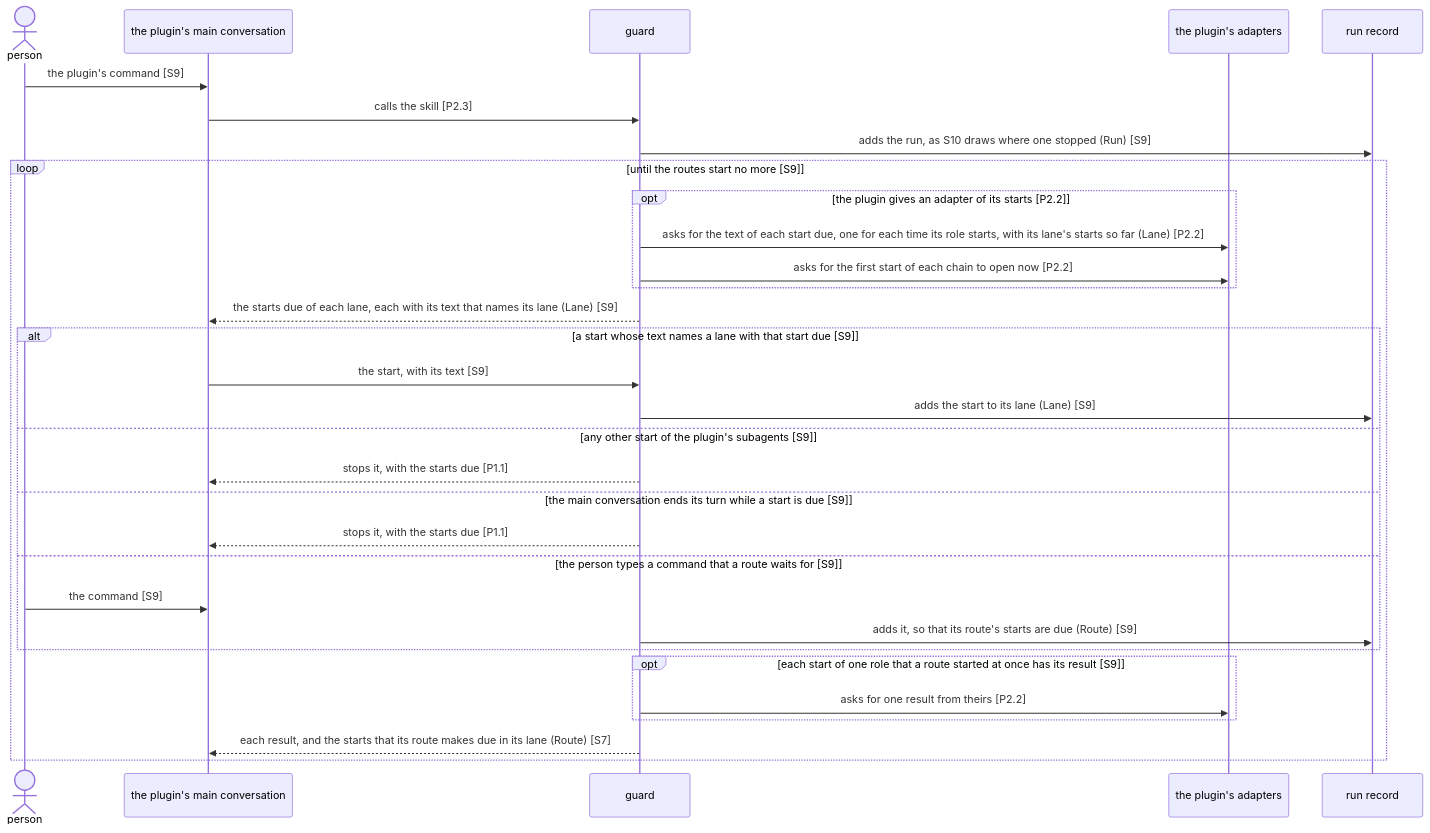
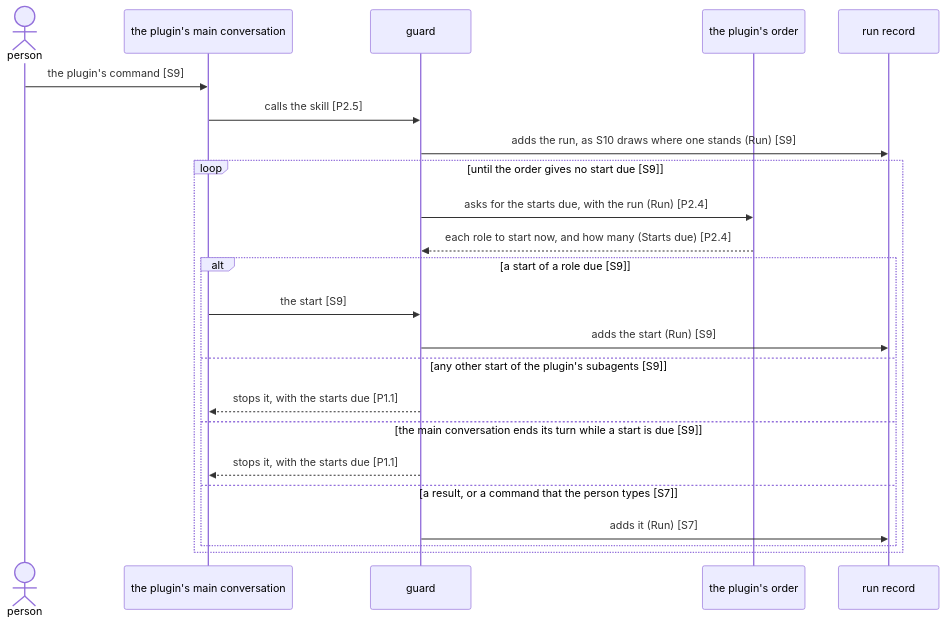
Before and after one commit to lovaizu/ccpm: the first of 2 diagrams in dev/lane/architecture.md, drawn with Mermaid. The commit also changed other lines of this file and 2 other files, not shown here.

````diff
--- a/dev/lane/architecture.md
+++ b/dev/lane/architecture.md
@@ -121,33 +116,25 @@
 ```mermaid
 sequenceDiagram
   actor U as person
   participant M as the plugin's main conversation
   participant G as guard
-  participant A as the plugin's adapters
+  participant O as the plugin's order
   participant RR as run record
   U->>M: the plugin's command [S9]
-  M->>G: calls the skill [P2.3]
-  G->>RR: adds the run, as S10 draws where one stopped (Run) [S9]
-  loop until the routes start no more [S9]
-    opt the plugin gives an adapter of its starts [P2.2]
-      G->>A: asks for the text of each start due, one for each time its role starts, with its lane's starts so far (Lane) [P2.2]
-      G->>A: asks for the first start of each chain to open now [P2.2]
-    end
-    G-->>M: the starts due of each lane, each with its text that names its lane (Lane) [S9]
-    alt a start whose text names a lane with that start due [S9]
-      M->>G: the start, with its text [S9]
-      G->>RR: adds the start to its lane (Lane) [S9]
+  M->>G: calls the skill [P2.5]
+  G->>RR: adds the run, as S10 draws where one stands (Run) [S9]
+  loop until the order gives no start due [S9]
+    G->>O: asks for the starts due, with the run (Run) [P2.4]
+    O-->>G: each role to start now, and how many (Starts due) [P2.4]
+    alt a start of a role due [S9]
+      M->>G: the start [S9]
+      G->>RR: adds the start (Run) [S9]
     else any other start of the plugin's subagents [S9]
       G-->>M: stops it, with the starts due [P1.1]
     else the main conversation ends its turn while a start is due [S9]
       G-->>M: stops it, with the starts due [P1.1]
-    else the person types a command that a route waits for [S9]
-      U->>M: the command [S9]
-      G->>RR: adds it, so that its route's starts are due (Route) [S9]
+    else a result, or a command that the person types [S7]
+      G->>RR: adds it (Run) [S7]
     end
-    opt each start of one role that a route started at once has its result [S9]
-      G->>A: asks for one result from theirs [P2.2]
-    end
-    G-->>M: each result, and the starts that its route makes due in its lane (Route) [S7]
   end
 ```
````
